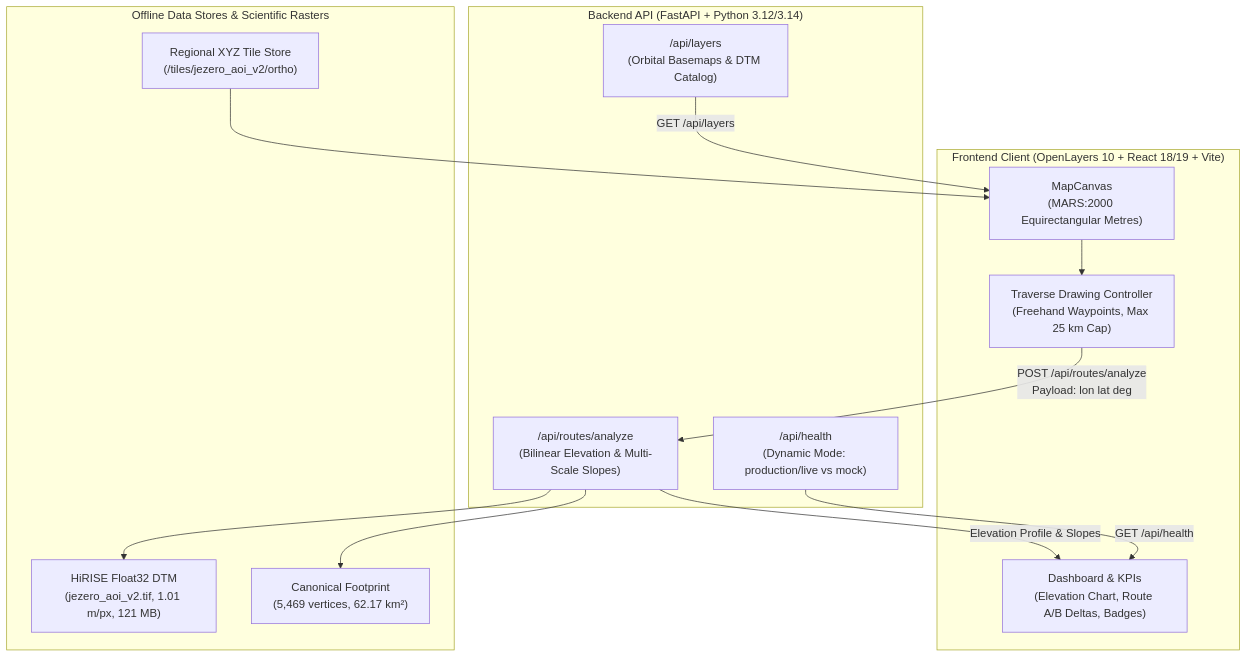
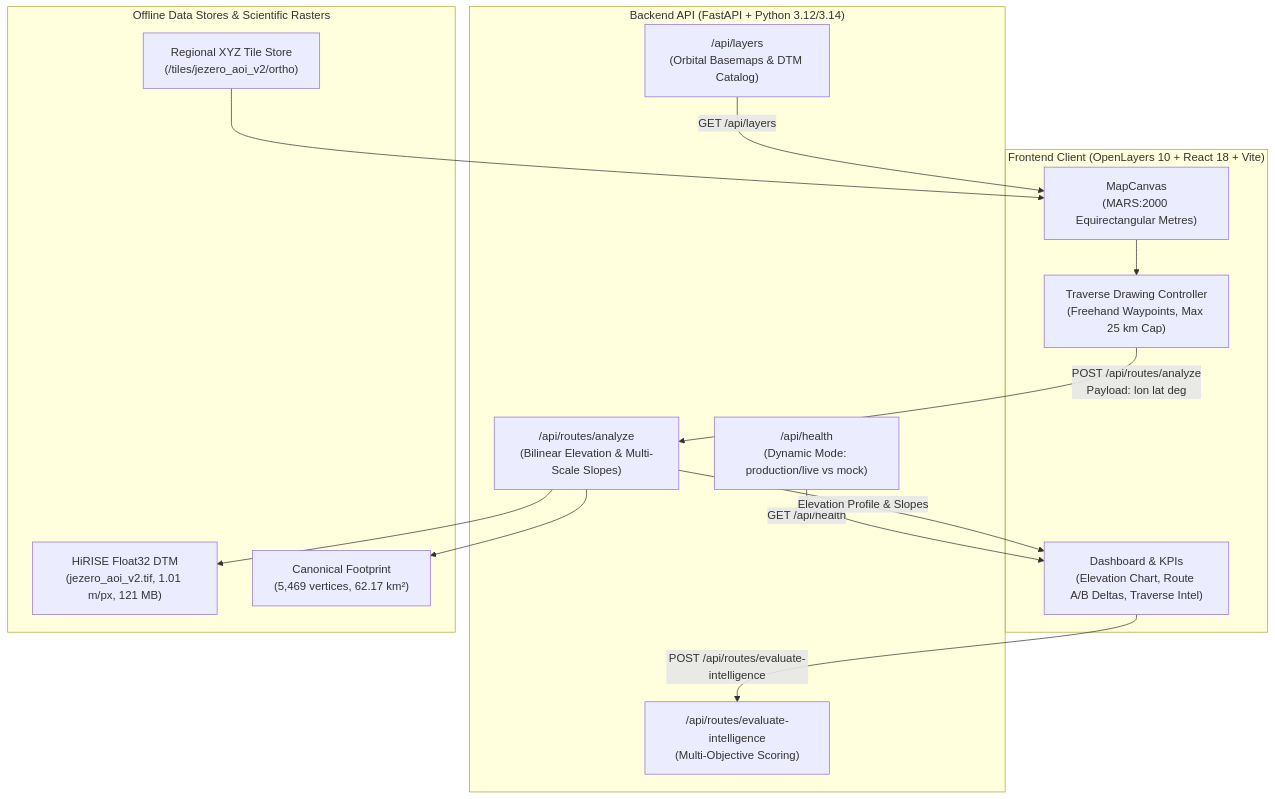
One commit to MayankSharma-2812/vyompath-spaceapps-2026 changed the diagram in README.md. Above: the diagram before and after it, drawn with Mermaid. The commit also changed other lines of this file, not shown here.

Commit message:
docs(readme): upgrade visual styling, badges, live links, and Traverse Intelligence showcase (#50)

````diff
--- a/README.md
+++ b/README.md
@@ -50,29 +68,31 @@
 ```mermaid
 flowchart TD
-    subgraph Frontend["Frontend Client (OpenLayers 10 + React 18/19 + Vite)"]
+    subgraph Frontend["Frontend Client (OpenLayers 10 + React 18 + Vite)"]
         Canvas["MapCanvas<br/>(MARS:2000 Equirectangular Metres)"]
         Draw["Traverse Drawing Controller<br/>(Freehand Waypoints, Max 25 km Cap)"]
-        Dash["Dashboard & KPIs<br/>(Elevation Chart, Route A/B Deltas, Badges)"]
+        Dash["Dashboard & KPIs<br/>(Elevation Chart, Route A/B Deltas, Traverse Intel)"]
     end
 
     subgraph Backend["Backend API (FastAPI + Python 3.12/3.14)"]
         Health["/api/health<br/>(Dynamic Mode: production/live vs mock)"]
         Layers["/api/layers<br/>(Orbital Basemaps & DTM Catalog)"]
         RouteAPI["/api/routes/analyze<br/>(Bilinear Elevation & Multi-Scale Slopes)"]
+        IntelAPI["/api/routes/evaluate-intelligence<br/>(Multi-Objective Scoring)"]
     end
 
     subgraph DataStore["Offline Data Stores & Scientific Rasters"]
         DTM["HiRISE Float32 DTM<br/>(jezero_aoi_v2.tif, 1.01 m/px, 121 MB)"]
         Footprint["Canonical Footprint<br/>(5,469 vertices, 62.17 km²)"]
         Tiles["Regional XYZ Tile Store<br/>(/tiles/jezero_aoi_v2/ortho)"]
     end
 
     Canvas --> Draw
     Draw -->|POST /api/routes/analyze<br/>Payload: lon lat deg| RouteAPI
     Health -->|GET /api/health| Dash
     Layers -->|GET /api/layers| Canvas
     RouteAPI --> DTM
     RouteAPI --> Footprint
     Tiles --> Canvas
     RouteAPI -->|Elevation Profile & Slopes| Dash
+    Dash -->|POST /api/routes/evaluate-intelligence| IntelAPI
 ```
````
